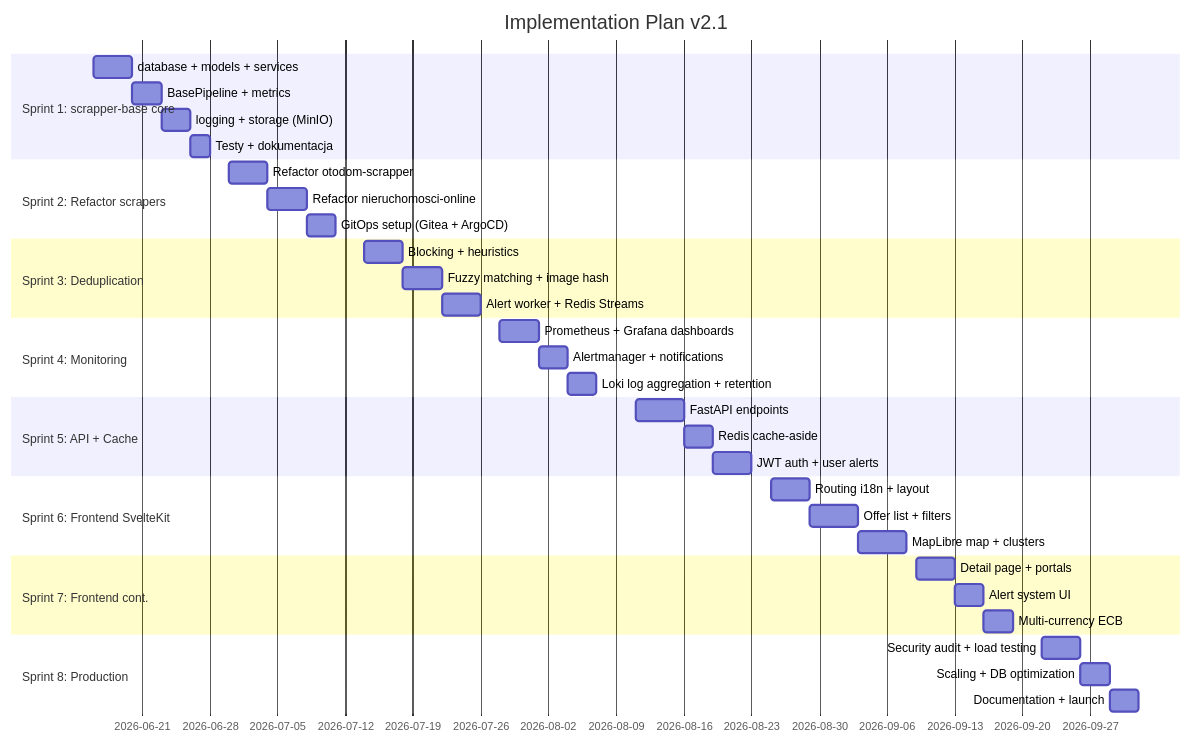
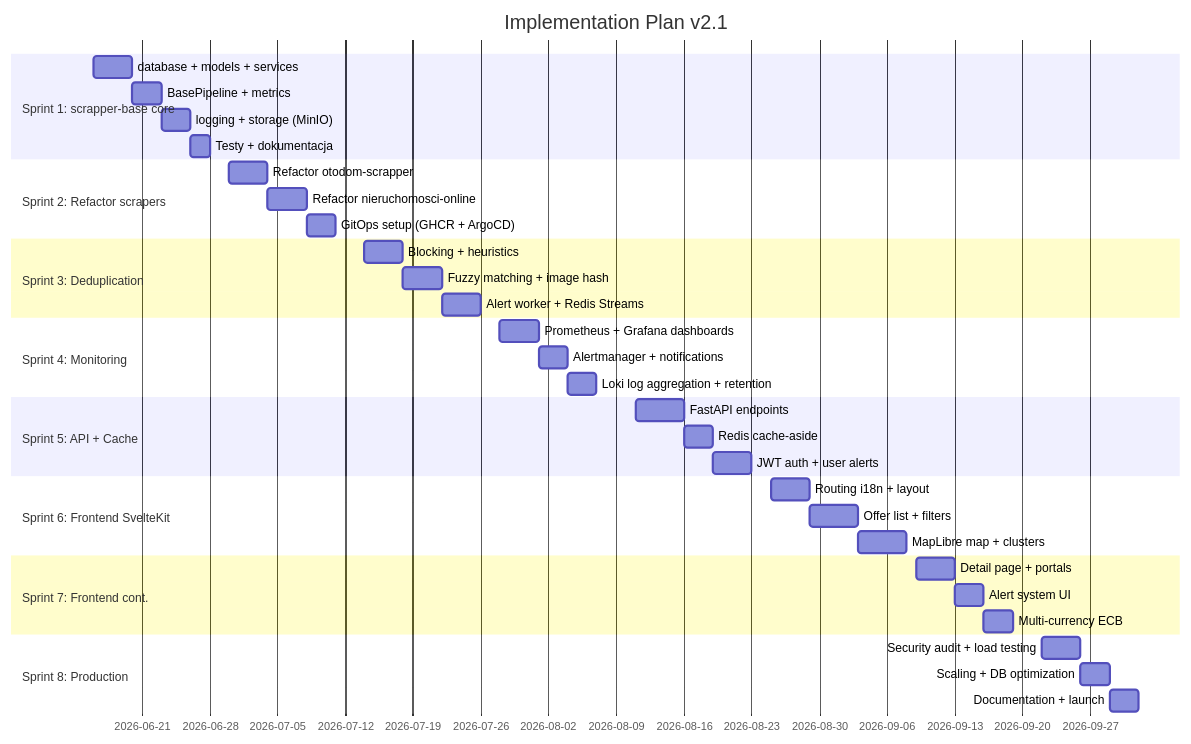
The diagram in specs/specs/160-SPRINT-PLAN.md (rendenwald/nieruchomosci-ados), drawn with Mermaid before and after one commit. The commit also changed 13 other files, not shown here.

First line of the commit message:
docs: replace Gitea references with GHCR (GitHub Container Registry)

````diff
--- a/specs/specs/160-SPRINT-PLAN.md
+++ b/specs/specs/160-SPRINT-PLAN.md
@@ -11,46 +11,46 @@
 ```mermaid
 gantt
     title Implementation Plan v2.1
     dateFormat YYYY-MM-DD
 
     section Sprint 1: scrapper-base core
     database + models + services     :2026-06-16, 4d
     BasePipeline + metrics           :2026-06-20, 3d
     logging + storage (MinIO)        :2026-06-23, 3d
     Testy + dokumentacja             :2026-06-26, 2d
 
     section Sprint 2: Refactor scrapers
     Refactor otodom-scrapper         :2026-06-30, 4d
     Refactor nieruchomosci-online    :2026-07-04, 4d
-    GitOps setup (Gitea + ArgoCD)    :2026-07-08, 3d
+    GitOps setup (GHCR + ArgoCD)     :2026-07-08, 3d
 
     section Sprint 3: Deduplication
     Blocking + heuristics            :2026-07-14, 4d
     Fuzzy matching + image hash      :2026-07-18, 4d
     Alert worker + Redis Streams     :2026-07-22, 4d
 
     section Sprint 4: Monitoring
     Prometheus + Grafana dashboards  :2026-07-28, 4d
     Alertmanager + notifications     :2026-08-01, 3d
     Loki log aggregation + retention :2026-08-04, 3d
 
     section Sprint 5: API + Cache
     FastAPI endpoints                :2026-08-11, 5d
     Redis cache-aside                :2026-08-16, 3d
     JWT auth + user alerts           :2026-08-19, 4d
 
     section Sprint 6: Frontend SvelteKit
     Routing i18n + layout            :2026-08-25, 4d
     Offer list + filters             :2026-08-29, 5d
     MapLibre map + clusters          :2026-09-03, 5d
 
     section Sprint 7: Frontend cont.
     Detail page + portals            :2026-09-09, 4d
     Alert system UI                  :2026-09-13, 3d
     Multi-currency ECB               :2026-09-16, 3d
 
     section Sprint 8: Production
     Security audit + load testing    :2026-09-22, 4d
     Scaling + DB optimization        :2026-09-26, 3d
     Documentation + launch           :2026-09-29, 3d
 ```
````
